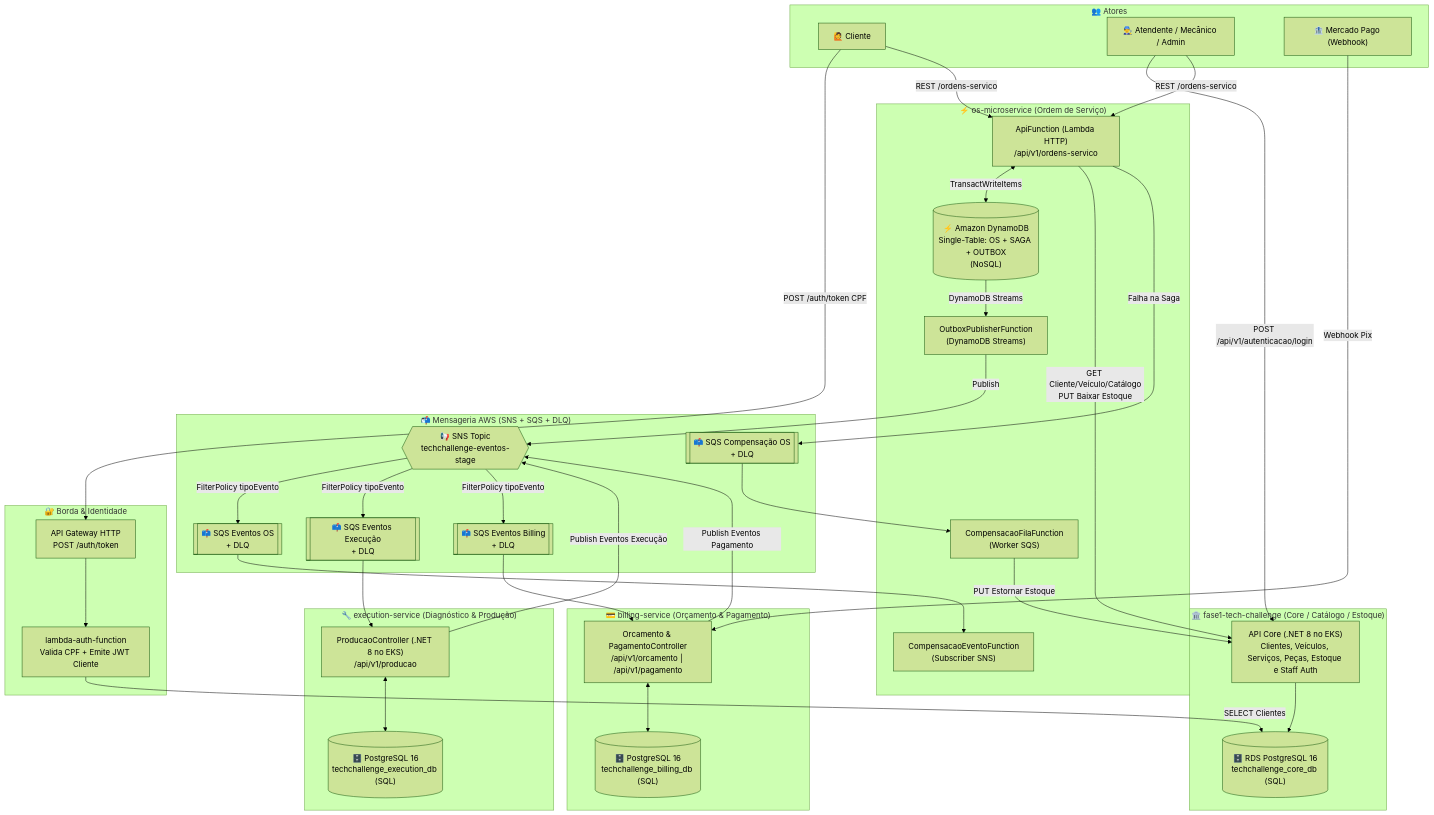
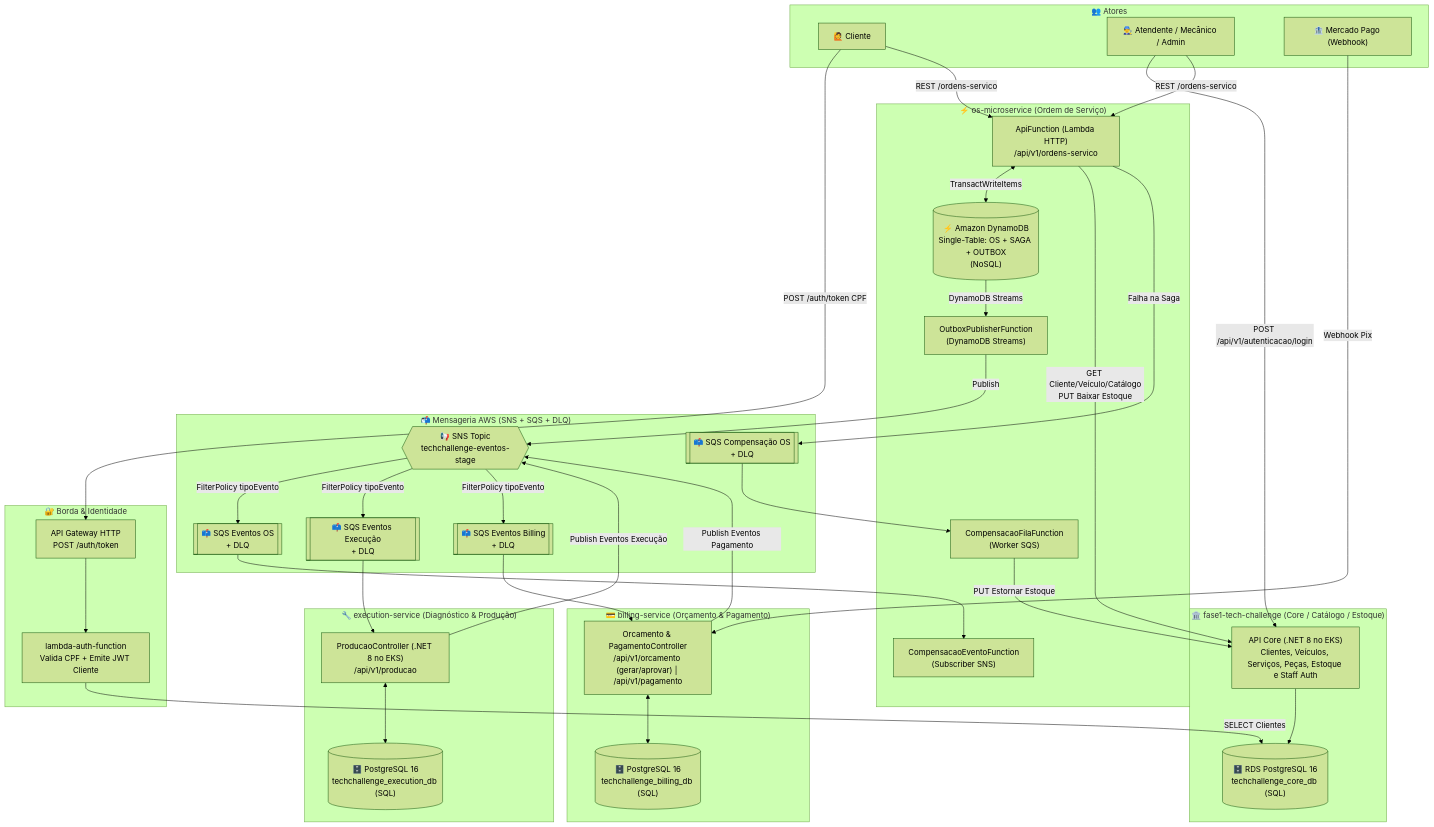
Before and after one commit to SOAT-FIAP-2026/shared: the diagram in README.md, drawn with Mermaid (forest theme). The commit also changed other lines of this file and 13 other files, not shown here.

Commit message:
refactor: update phase 4 architecture documentation and e2e test suite for billing and budget workflows

````diff
--- a/README.md
+++ b/README.md
@@ -17,68 +17,68 @@
 ```mermaid
 flowchart TB
     subgraph Clients["👥 Atores"]
         CLI["🙋 Cliente"]
         STAFF["👨‍🔧 Atendente / Mecânico / Admin"]
         MP["🏦 Mercado Pago (Webhook)"]
     end
 
     subgraph Edge["🔐 Borda & Identidade"]
         APIGW_AUTH["API Gateway HTTP\nPOST /auth/token"]
         LAMBDA_AUTH["lambda-auth-function\nValida CPF + Emite JWT Cliente"]
     end
 
     subgraph OS_Service["⚡ os-microservice (Ordem de Serviço)"]
         OS_API["ApiFunction (Lambda HTTP)\n/api/v1/ordens-servico"]
         OS_OUTBOX["OutboxPublisherFunction\n(DynamoDB Streams)"]
         OS_COMP_Q["CompensacaoFilaFunction\n(Worker SQS)"]
         OS_COMP_E["CompensacaoEventoFunction\n(Subscriber SNS)"]
         DDB[("⚡ Amazon DynamoDB\nSingle-Table: OS + SAGA + OUTBOX\n(NoSQL)")]
     end
 
     subgraph Core_Service["🏛️ fase1-tech-challenge (Core / Catálogo / Estoque)"]
         CORE_API["API Core (.NET 8 no EKS)\nClientes, Veículos, Serviços, Peças, Estoque e Staff Auth"]
         DB_CORE[("🗄️ RDS PostgreSQL 16\ntechchallenge_core_db (SQL)")]
     end
 
     subgraph Exec_Service["🔧 execution-service (Diagnóstico & Produção)"]
         EXEC_API["ProducaoController (.NET 8 no EKS)\n/api/v1/producao"]
         DB_EXEC[("🗄️ PostgreSQL 16\ntechchallenge_execution_db (SQL)")]
     end
 
     subgraph Bill_Service["💳 billing-service (Orçamento & Pagamento)"]
-        BILL_API["Orcamento & PagamentoController\n/api/v1/orcamento | /api/v1/pagamento"]
+        BILL_API["Orcamento & PagamentoController\n/api/v1/orcamento (gerar/aprovar) | /api/v1/pagamento"]
         DB_BILL[("🗄️ PostgreSQL 16\ntechchallenge_billing_db (SQL)")]
     end
 
     subgraph Messaging["📬 Mensageria AWS (SNS + SQS + DLQ)"]
         SNS{{"📢 SNS Topic\ntechchallenge-eventos-stage"}}
         SQS_COMP[["📫 SQS Compensação OS\n+ DLQ"]]
         SQS_OS[["📫 SQS Eventos OS\n+ DLQ"]]
         SQS_EXEC[["📫 SQS Eventos Execução\n+ DLQ"]]
         SQS_BILL[["📫 SQS Eventos Billing\n+ DLQ"]]
     end
 
     %% Autenticação
     CLI -->|POST /auth/token CPF| APIGW_AUTH --> LAMBDA_AUTH
     LAMBDA_AUTH -->|SELECT Clientes| DB_CORE
     STAFF -->|POST /api/v1/autenticacao/login| CORE_API --> DB_CORE
 
     %% OS Microservice <-> Core & DynamoDB
     CLI & STAFF -->|REST /ordens-servico| OS_API
     OS_API <-->|TransactWriteItems| DDB
     OS_API -->|GET Cliente/Veículo/Catálogo\nPUT Baixar Estoque| CORE_API
     OS_API -->|Falha na Saga| SQS_COMP --> OS_COMP_Q -->|PUT Estornar Estoque| CORE_API
     DDB -->|DynamoDB Streams| OS_OUTBOX -->|Publish| SNS
 
     %% Fanout SNS -> SQS
     SNS -->|FilterPolicy tipoEvento| SQS_OS --> OS_COMP_E
     SNS -->|FilterPolicy tipoEvento| SQS_EXEC --> EXEC_API
     SNS -->|FilterPolicy tipoEvento| SQS_BILL --> BILL_API
 
     %% Publicação dos demais serviços no SNS
     EXEC_API <--> DB_EXEC
     EXEC_API -->|Publish Eventos Execução| SNS
     BILL_API <--> DB_BILL
     BILL_API -->|Publish Eventos Pagamento| SNS
     MP -->|Webhook Pix| BILL_API
 ```
````
